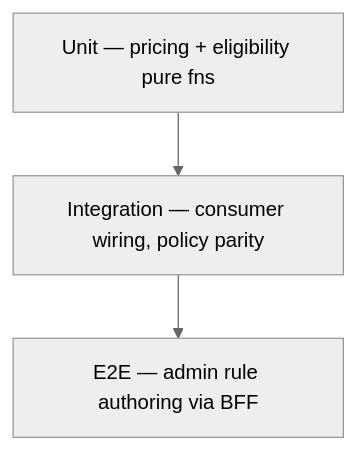
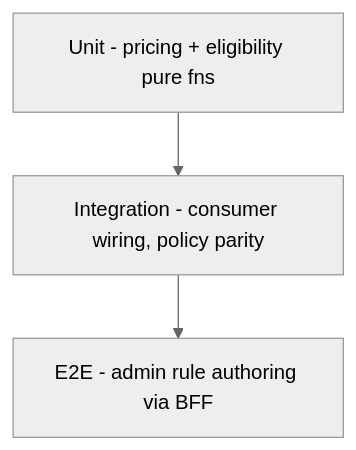
One commit to Hotel8/hotel8-upsell changed diagram 11 of 11 in DESIGN.md. Above: the diagram before and after it, drawn with Mermaid (neutral theme). The commit also changed other lines of this file and 27 other files, not shown here.

````diff
--- a/DESIGN.md
+++ b/DESIGN.md
@@ -207,5 +207,5 @@
 ```mermaid
 graph TD
-    U3[Unit — pricing + eligibility pure fns] --> I3[Integration — consumer wiring, policy parity]
-    I3 --> E3[E2E — admin rule authoring via BFF]
+    U3[Unit - pricing + eligibility pure fns] --> I3[Integration - consumer wiring, policy parity]
+    I3 --> E3[E2E - admin rule authoring via BFF]
 ```
````
